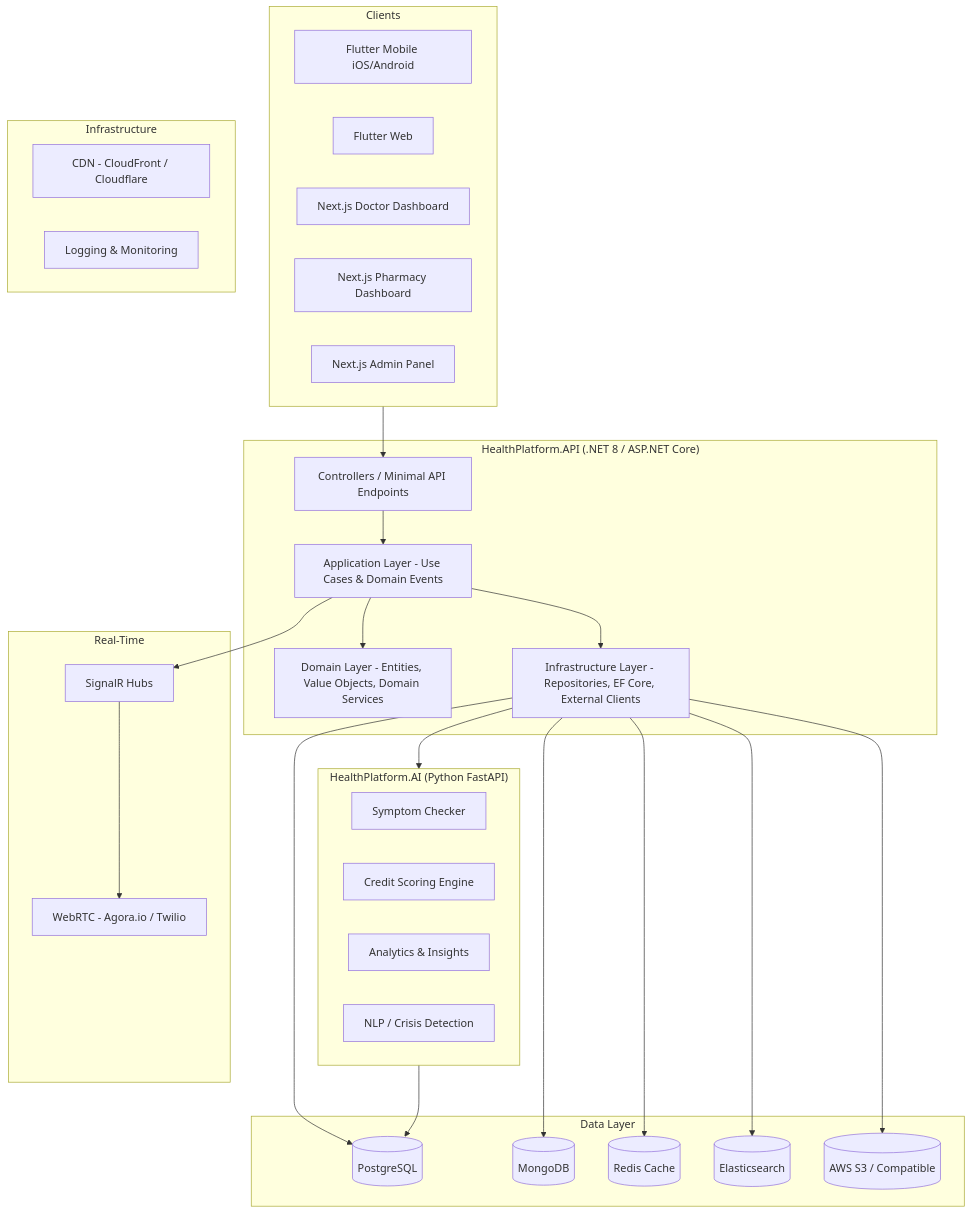
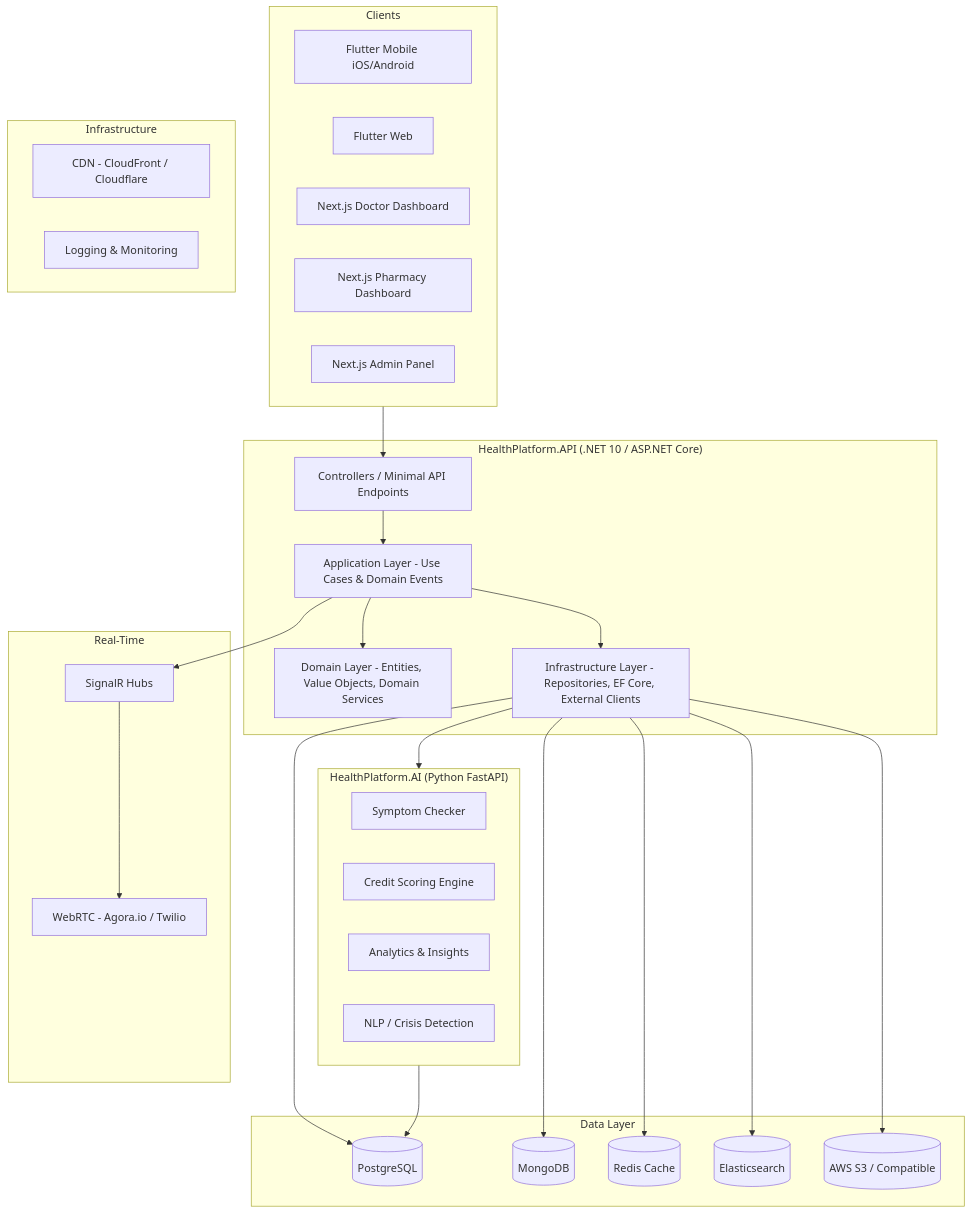
One commit to NlisiMalaba/OnlineHealthcare changed the first of 4 diagrams in planning/design.md. Above: the diagram before and after it, drawn with Mermaid. The commit also changed other lines of this file and 168 other files, not shown here.

````diff
--- a/planning/design.md
+++ b/planning/design.md
@@ -44,56 +44,56 @@
 ```mermaid
 graph TB
     subgraph Clients
         FM[Flutter Mobile iOS/Android]
         FW[Flutter Web]
         ND[Next.js Doctor Dashboard]
         NP[Next.js Pharmacy Dashboard]
         NA[Next.js Admin Panel]
     end
 
-    subgraph API["HealthPlatform.API (.NET 8 / ASP.NET Core)"]
+    subgraph API["HealthPlatform.API (.NET 10 / ASP.NET Core)"]
         CTRL[Controllers / Minimal API Endpoints]
         APP[Application Layer - Use Cases & Domain Events]
         DOM[Domain Layer - Entities, Value Objects, Domain Services]
         INFRA[Infrastructure Layer - Repositories, EF Core, External Clients]
     end
 
     subgraph AI["HealthPlatform.AI (Python FastAPI)"]
         SYMPTOM[Symptom Checker]
         CREDIT[Credit Scoring Engine]
         ANALYTICS[Analytics & Insights]
         NLP[NLP / Crisis Detection]
     end
 
     subgraph Realtime["Real-Time"]
         WS[SignalR Hubs]
         WEBRTC[WebRTC - Agora.io / Twilio]
     end
 
     subgraph Data["Data Layer"]
         PG[(PostgreSQL)]
         MONGO[(MongoDB)]
         REDIS[(Redis Cache)]
         ES[(Elasticsearch)]
         S3[(AWS S3 / Compatible)]
     end
 
     subgraph Infra["Infrastructure"]
         CDN[CDN - CloudFront / Cloudflare]
         OBS[Logging & Monitoring]
     end
 
     Clients --> CTRL
     CTRL --> APP
     APP --> DOM
     APP --> INFRA
     INFRA --> PG
     INFRA --> MONGO
     INFRA --> REDIS
     INFRA --> ES
     INFRA --> S3
     APP --> WS
     WS --> WEBRTC
     INFRA --> AI
     AI --> PG
 ```
````
